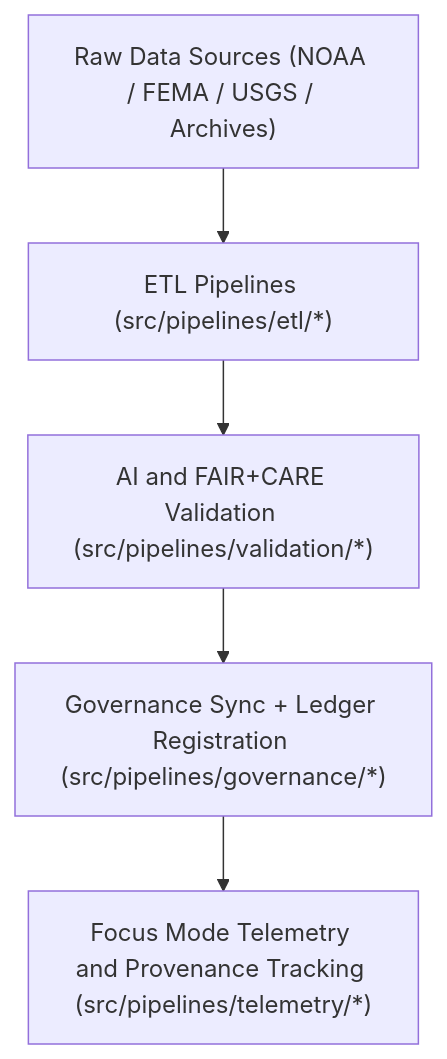
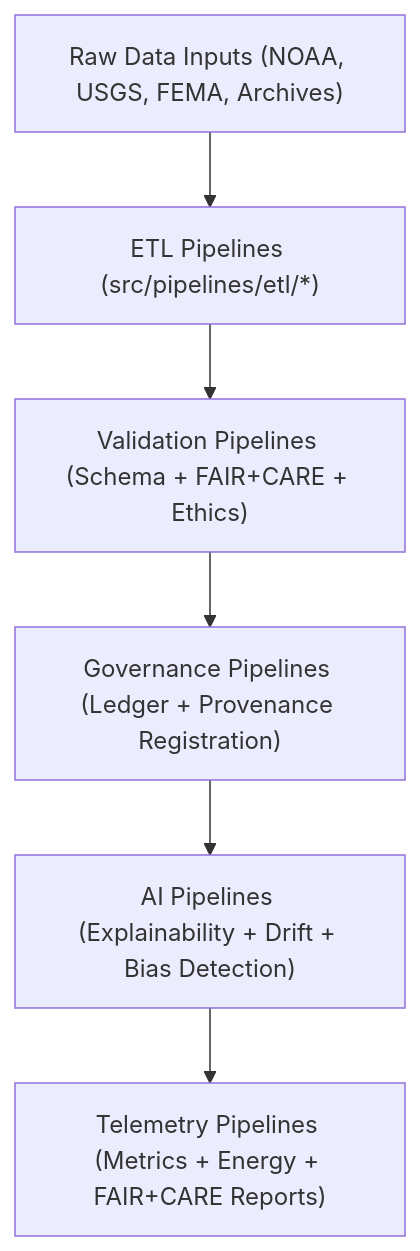
The diagram in src/README.md (bartytime4life/Kansas-Frontier-Matrix), drawn with Mermaid before and after one commit. The commit also changed other lines of this file, not shown here.

````diff
--- a/src/README.md
+++ b/src/README.md
@@ -96,7 +74,8 @@
 ```mermaid
 flowchart TD
-    A["Raw Data Sources (NOAA / FEMA / USGS / Archives)"] --> B["ETL Pipelines (src/pipelines/etl/*)"]
-    B --> C["AI and FAIR+CARE Validation (src/pipelines/validation/*)"]
-    C --> D["Governance Sync + Ledger Registration (src/pipelines/governance/*)"]
-    D --> E["Focus Mode Telemetry and Provenance Tracking (src/pipelines/telemetry/*)"]
+    A["Raw Data Inputs (NOAA, USGS, FEMA, Archives)"] --> B["ETL Pipelines (src/pipelines/etl/*)"]
+    B --> C["Validation Pipelines (Schema + FAIR+CARE + Ethics)"]
+    C --> D["Governance Pipelines (Ledger + Provenance Registration)"]
+    D --> E["AI Pipelines (Explainability + Drift + Bias Detection)"]
+    E --> F["Telemetry Pipelines (Metrics + Energy + FAIR+CARE Reports)"]
 ```
````
